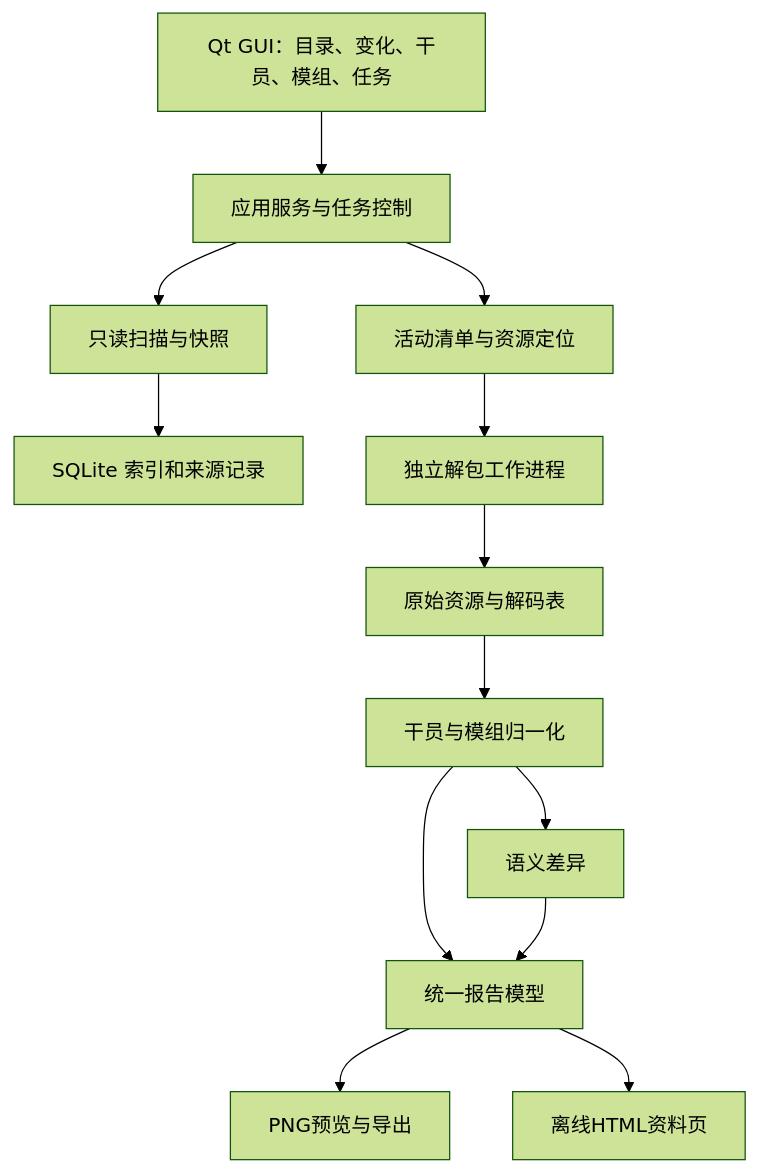
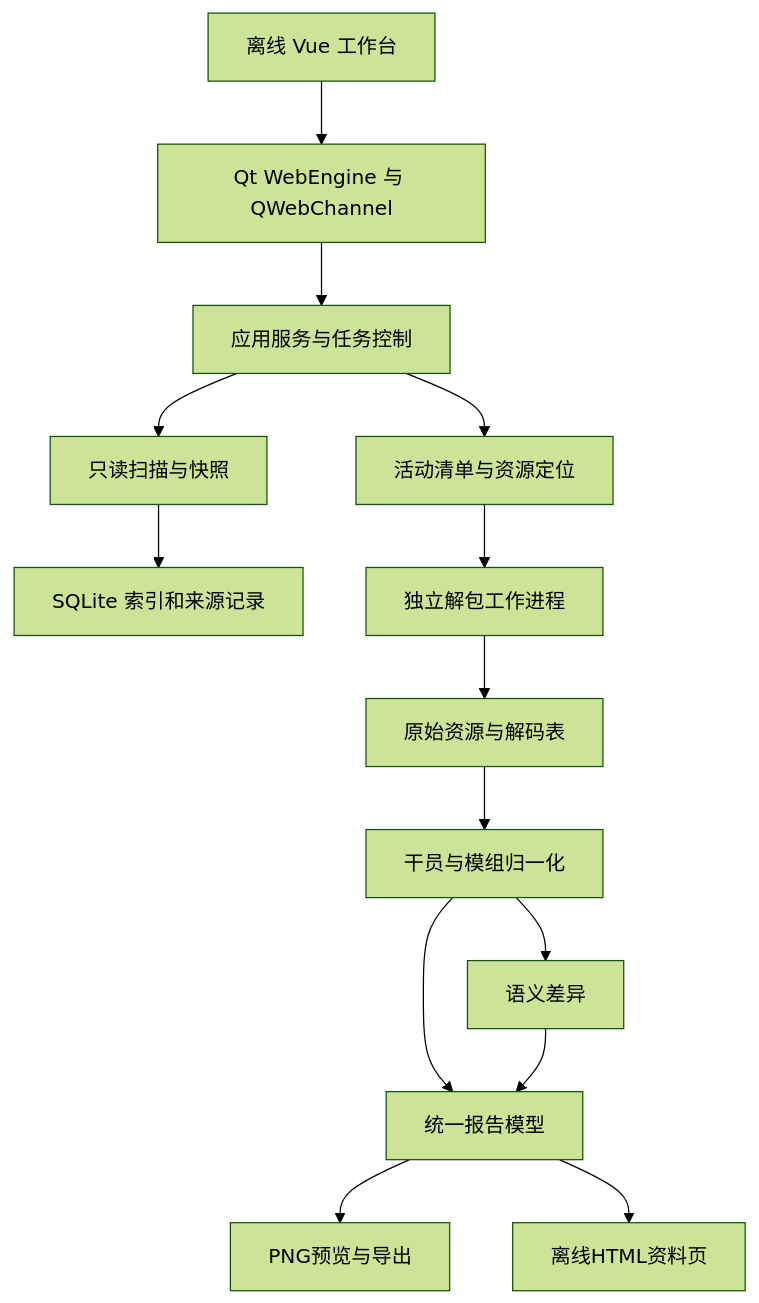
Before and after one commit to Panda-Panta/ArknightsUnpacker: the diagram in DEVELOPMENT_PLAN.md, drawn with Mermaid (forest theme). The commit also changed other lines of this file and 136 other files, not shown here.

````diff
--- a/DEVELOPMENT_PLAN.md
+++ b/DEVELOPMENT_PLAN.md
@@ -104,15 +104,16 @@
 ```mermaid
 flowchart TD
-    UI[Qt GUI：目录、变化、干员、模组、任务] --> APP[应用服务与任务控制]
+    UI[离线 Vue 工作台] --> HOST[Qt WebEngine 与 QWebChannel]
+    HOST --> APP[应用服务与任务控制]
     APP --> SCAN[只读扫描与快照]
     SCAN --> CAT[SQLite 索引和来源记录]
     APP --> RES[活动清单与资源定位]
     RES --> WORKER[独立解包工作进程]
     WORKER --> RAW[原始资源与解码表]
     RAW --> DOMAIN[干员与模组归一化]
     DOMAIN --> DIFF[语义差异]
     DOMAIN --> REPORT[统一报告模型]
     DIFF --> REPORT
     REPORT --> RENDER[PNG预览与导出]
     REPORT --> HTML[离线HTML资料页]
 ```
````
